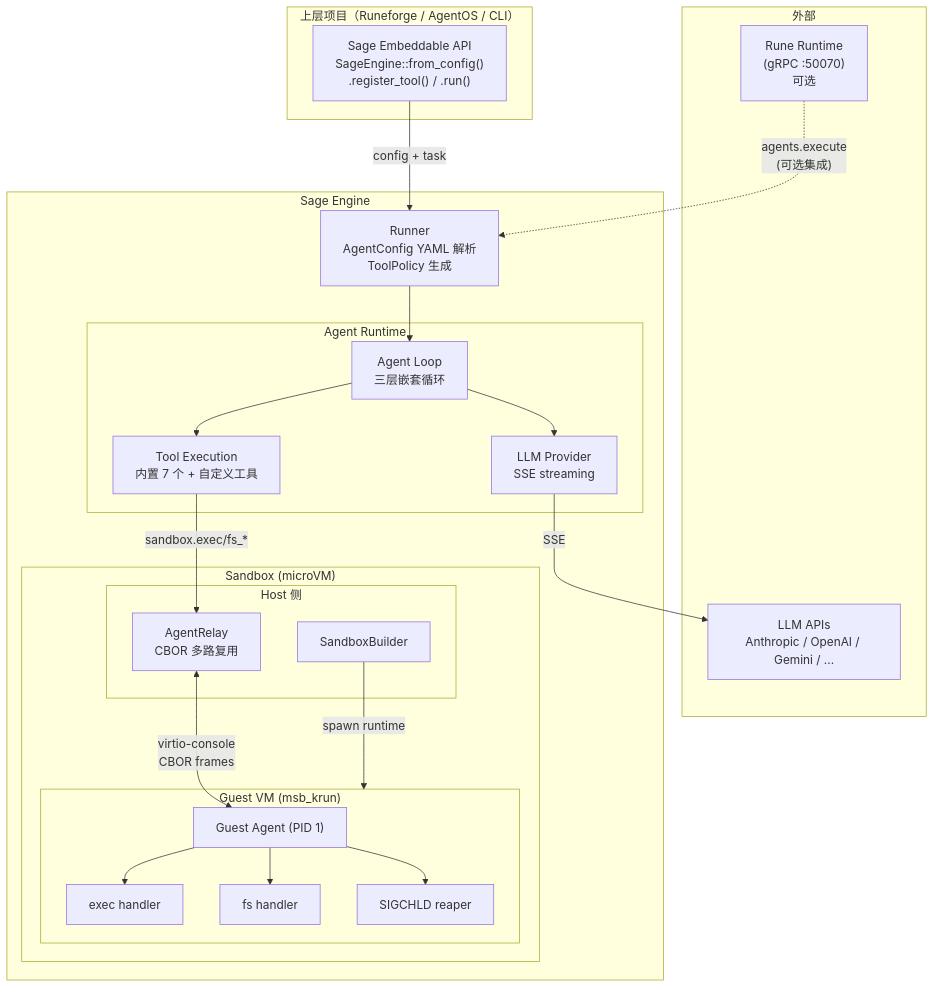
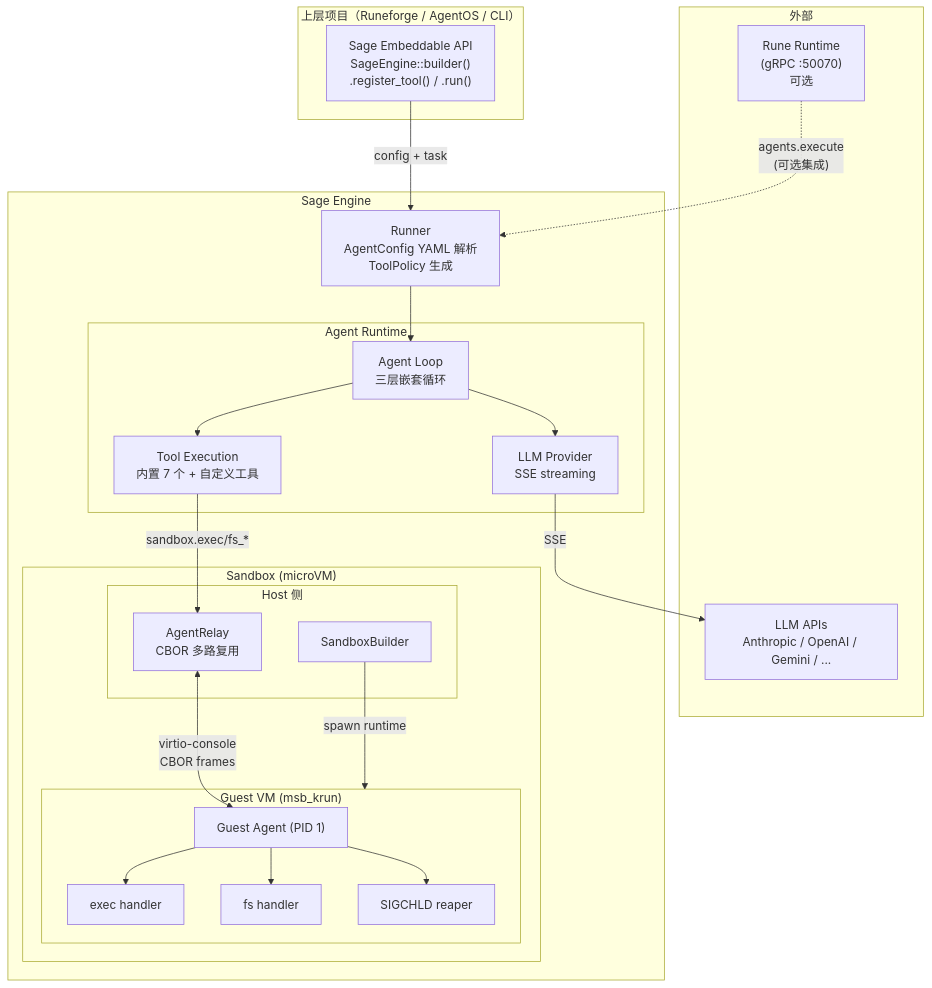
The first of 5 diagrams in docs/future.md (chasey-myagi/sage), drawn with Mermaid before and after one commit. The commit also changed other lines of this file, not shown here.

First line of the commit message:
docs: fix remaining from_config references in future.md

````diff
--- a/docs/future.md
+++ b/docs/future.md
@@ -87,47 +87,47 @@
 ```mermaid
 graph TB
     subgraph External["外部"]
         Rune["Rune Runtime<br/>(gRPC :50070)<br/>可选"]
         LLM["LLM APIs<br/>Anthropic / OpenAI / Gemini / ..."]
     end
 
     subgraph Host["上层项目（Runeforge / AgentOS / CLI）"]
-        API["Sage Embeddable API<br/>SageEngine::from_config()<br/>.register_tool() / .run()"]
+        API["Sage Embeddable API<br/>SageEngine::builder()<br/>.register_tool() / .run()"]
     end
 
     subgraph Sage["Sage Engine"]
         Runner["Runner<br/>AgentConfig YAML 解析<br/>ToolPolicy 生成"]
         
         subgraph Runtime["Agent Runtime"]
             Loop["Agent Loop<br/>三层嵌套循环"]
             Provider["LLM Provider<br/>SSE streaming"]
             Tools["Tool Execution<br/>内置 7 个 + 自定义工具"]
         end
 
         subgraph SandboxLayer["Sandbox (microVM)"]
             subgraph HostSide["Host 侧"]
                 Builder["SandboxBuilder"]
                 Relay["AgentRelay<br/>CBOR 多路复用"]
             end
             subgraph Guest["Guest VM (msb_krun)"]
                 Agent["Guest Agent (PID 1)"]
                 Exec["exec handler"]
                 Fs["fs handler"]
                 Reaper["SIGCHLD reaper"]
             end
         end
     end
 
     API -->|"config + task"| Runner
     Rune -.->|"agents.execute<br/>(可选集成)"| Runner
     Runner --> Loop
     Loop --> Provider
     Provider -->|"SSE"| LLM
     Loop --> Tools
     Tools -->|"sandbox.exec/fs_*"| Relay
     Relay <-->|"virtio-console<br/>CBOR frames"| Agent
     Agent --> Exec
     Agent --> Fs
     Agent --> Reaper
     Builder -->|"spawn runtime"| Guest
 ```
````
